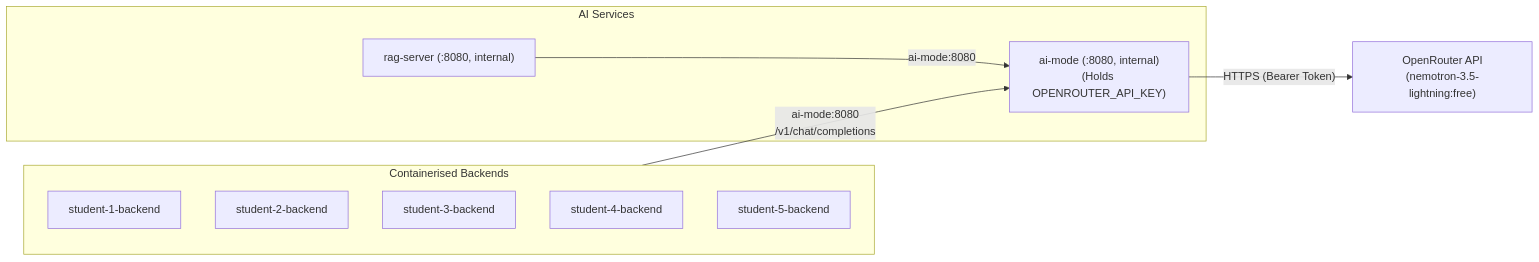
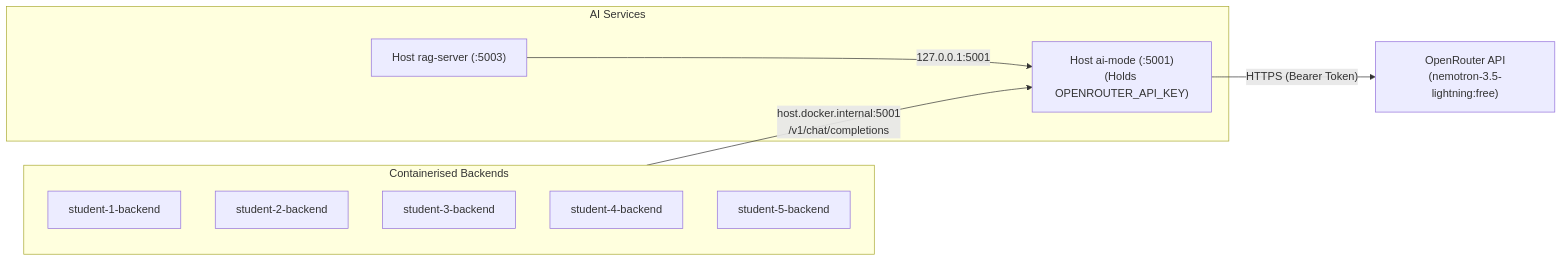
The diagram in ai-services/ai-mode/README.md (AmAComputerNerd/41026--software-development-project), drawn with Mermaid before and after one commit. The commit also changed other lines of this file and 23 other files, not shown here.

````diff
--- a/ai-services/ai-mode/README.md
+++ b/ai-services/ai-mode/README.md
@@ -7,19 +7,19 @@
 ```mermaid
 flowchart LR
     subgraph Backends["Containerised Backends"]
         S1["student-1-backend"]
         S2["student-2-backend"]
         S3["student-3-backend"]
         S4["student-4-backend"]
         S5["student-5-backend"]
     end
 
     subgraph AIServices["AI Services"]
-        RAG["rag-server (:8080, internal)"]
-        AIM["ai-mode (:8080, internal)<br>(Holds OPENROUTER_API_KEY)"]
+        RAG["Host rag-server (:5003)"]
+        AIM["Host ai-mode (:5001)<br>(Holds OPENROUTER_API_KEY)"]
     end
 
-    Backends -- "ai-mode:8080<br>/v1/chat/completions" --> AIM
-    RAG -- "ai-mode:8080" --> AIM
+    Backends -- "host.docker.internal:5001<br>/v1/chat/completions" --> AIM
+    RAG -- "127.0.0.1:5001" --> AIM
     AIM -- "HTTPS (Bearer Token)" --> OpenRouter["OpenRouter API<br>(nemotron-3.5-lightning:free)"]
 ```
````
